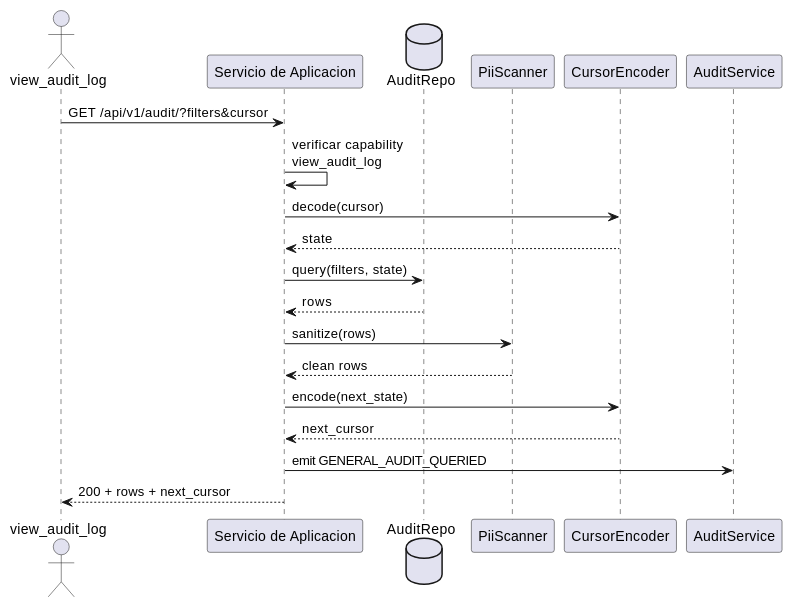
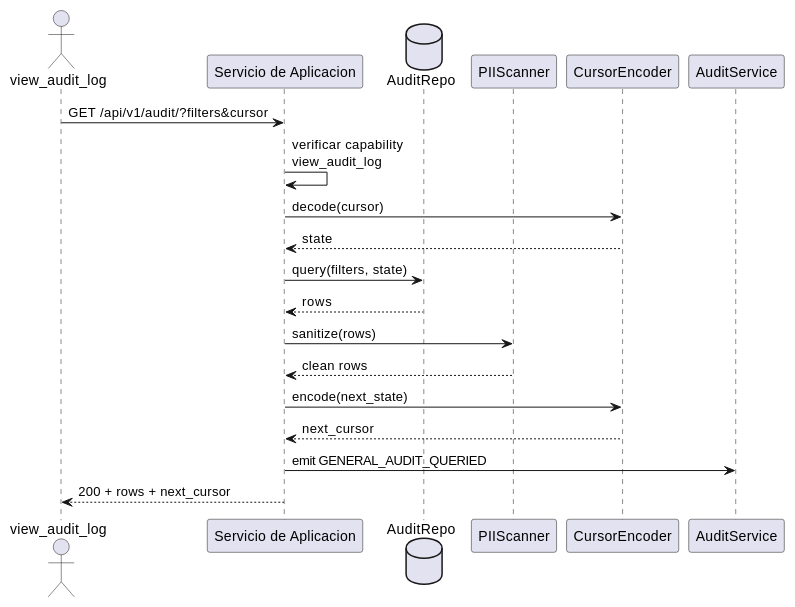
One commit to jcg-admin/IACT-docs changed the diagram in source/requisitos/casos-uso/audit/uc-aud-01/diagramas-uml/diagrama-de-secuencia.rst. Above: the diagram before and after it, drawn with PlantUML. The commit also changed 6 other files, not shown here.

```diff
--- a/source/requisitos/casos-uso/audit/uc-aud-01/diagramas-uml/diagrama-de-secuencia.rst
+++ b/source/requisitos/casos-uso/audit/uc-aud-01/diagramas-uml/diagrama-de-secuencia.rst
@@ -6,31 +6,31 @@
 .. uml::
  :caption: UC_AUD_01 — consulta de audit log con paginacion cursor.
 
  @startuml
 
  actor "view_audit_log" as view_audit_log
  participant "Servicio de Aplicacion" as SvcAplicacion
  database   "AuditRepo" as AuditRepo
- participant "PiiScanner" as PiiScanner
+ participant "PIIScanner" as PIIScanner
  participant "CursorEncoder" as CursorEncoder
  participant "AuditService" as AuditService
 
  view_audit_log -> SvcAplicacion: GET /api/v1/audit/?filters&cursor
  SvcAplicacion -> SvcAplicacion: verificar capability\nview_audit_log
 
  SvcAplicacion -> CursorEncoder: decode(cursor)
  CursorEncoder --> SvcAplicacion: state
 
  SvcAplicacion -> AuditRepo: query(filters, state)
  AuditRepo --> SvcAplicacion: rows
 
- SvcAplicacion -> PiiScanner: sanitize(rows)
- PiiScanner --> SvcAplicacion: clean rows
+ SvcAplicacion -> PIIScanner: sanitize(rows)
+ PIIScanner --> SvcAplicacion: clean rows
 
  SvcAplicacion -> CursorEncoder: encode(next_state)
  CursorEncoder --> SvcAplicacion: next_cursor
 
  SvcAplicacion -> AuditService: emit GENERAL_AUDIT_QUERIED
  SvcAplicacion --> view_audit_log: 200 + rows + next_cursor
 
  @enduml
```
